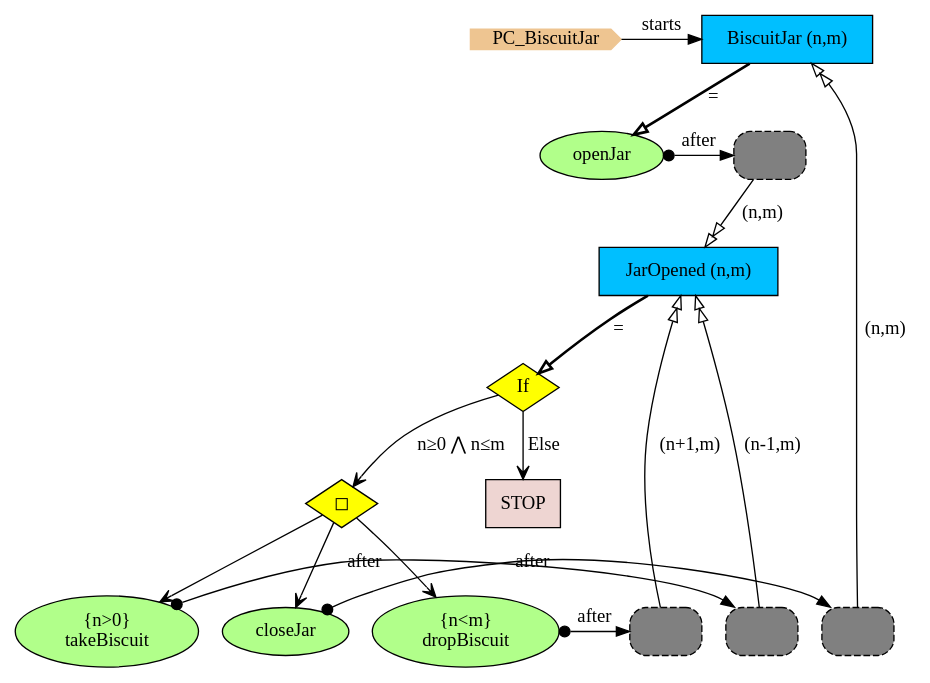
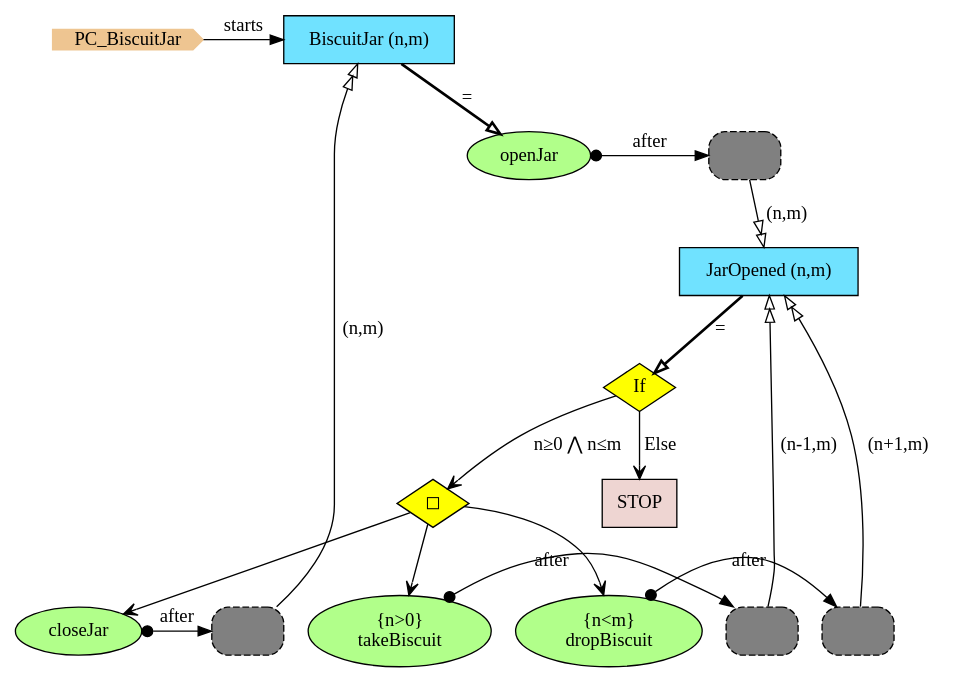
The diagram in Haskell/PCs/Examples/img/PC_BiscuitJar.gv (namalio/Fragmenta), drawn with Graphviz before and after one commit. The commit also changed 9 other files, not shown here.

```diff
--- a/Haskell/PCs/Examples/img/PC_BiscuitJar.gv
+++ b/Haskell/PCs/Examples/img/PC_BiscuitJar.gv
@@ -1,43 +1,43 @@
 digraph {
 
 StartN_ [shape = cds,color=burlywood2,style=filled,height=.2,width=.2, label =PC_BiscuitJar];
 
-BiscuitJar [shape=box,fillcolor=deepskyblue,style = filled,label="BiscuitJar (n,m)"];
-RefJarOpened48a9d59f [shape=rectangle,fillcolor=gray,style="rounded,filled,dashed",label=""];
-OpIf5c837905 [shape=diamond,fillcolor=yellow,style=filled,label="If"];
-Op76e86096 [shape=diamond,fillcolor=yellow,style=filled,label="◻︎"];
+openJar [shape=ellipse,fillcolor="#B1FF8A",style=filled,label="openJar"];
+JarOpened [shape=box,fillcolor="#70E2FF",style = filled,label="JarOpened (n,m)"];
+OpJarOpenedIf [shape=diamond,fillcolor=yellow,style=filled,label="If"];
+takeBiscuit [shape=ellipse,fillcolor="#B1FF8A",style=filled,label=" {n>0}
+takeBiscuit"];
+closeJar [shape=ellipse,fillcolor="#B1FF8A",style=filled,label="closeJar"];
+RefJarOpenedTake [shape=rectangle,fillcolor=gray,style="rounded,filled,dashed",label=""];
+RefBiscuitJar [shape=rectangle,fillcolor=gray,style="rounded,filled,dashed",label=""];
+RefJarOpenedDrop [shape=rectangle,fillcolor=gray,style="rounded,filled,dashed",label=""];
+RefJarOpened [shape=rectangle,fillcolor=gray,style="rounded,filled,dashed",label=""];
 dropBiscuit [shape=ellipse,fillcolor="#B1FF8A",style=filled,label=" {n<m}
 dropBiscuit"];
-RefBiscuitJar1b20c952 [shape=rectangle,fillcolor=gray,style="rounded,filled,dashed",label=""];
-RefJarOpenedc25494f [shape=rectangle,fillcolor=gray,style="rounded,filled,dashed",label=""];
-RefJarOpened789d1e69 [shape=rectangle,fillcolor=gray,style="rounded,filled,dashed",label=""];
-closeJar [shape=ellipse,fillcolor="#B1FF8A",style=filled,label="closeJar"];
-takeBiscuit [shape=ellipse,fillcolor="#B1FF8A",style=filled,label=" {n>0}
-takeBiscuit"];
-Stop2d5464f [shape=box,fillcolor=mistyrose2,style = filled,label="STOP"];
-JarOpened [shape=box,fillcolor=deepskyblue,style = filled,label="JarOpened (n,m)"];
-openJar [shape=ellipse,fillcolor="#B1FF8A",style=filled,label="openJar"];
+OpJarOpened [shape=diamond,fillcolor=yellow,style=filled,label="◻︎"];
+STOP [shape=box,fillcolor=mistyrose2,style = filled,label="STOP"];
+BiscuitJar [shape=box,fillcolor="#70E2FF",style = filled,label="BiscuitJar (n,m)"];
 
-{rank=same;RefJarOpened789d1e69,dropBiscuit}
-{rank=same;RefJarOpened48a9d59f,openJar}
-{rank=same;RefJarOpenedc25494f,takeBiscuit}
-{rank=same;RefBiscuitJar1b20c952,closeJar}
+{rank=same;RefBiscuitJar,closeJar}
+{rank=same;RefJarOpenedDrop,dropBiscuit}
+{rank=same;RefJarOpened,openJar}
+{rank=same;RefJarOpenedTake,takeBiscuit}
 {rank=same;BiscuitJar,StartN_}
 
-RefJarOpenedc25494f->JarOpened[arrowhead="normalnormal",fillcolor=white,label=" (n-1,m)"];
-RefBiscuitJar1b20c952->BiscuitJar[arrowhead="normalnormal",fillcolor=white,label=" (n,m)"];
-dropBiscuit->RefJarOpened789d1e69[arrowtail=dot,dir=both,label="after"];
-Op76e86096->closeJar[arrowhead="open"];
-Op76e86096->takeBiscuit[arrowhead="open"];
-OpIf5c837905->Op76e86096[arrowhead="open",label="n≥0 ⋀ n≤m"];
-openJar->RefJarOpened48a9d59f[arrowtail=dot,dir=both,label="after"];
-RefJarOpened48a9d59f->JarOpened[arrowhead="normalnormal",fillcolor=white,label=" (n,m)"];
-OpIf5c837905->Stop2d5464f[arrowhead="open",label="Else"];
-Op76e86096->dropBiscuit[arrowhead="open"];
-takeBiscuit->RefJarOpenedc25494f[arrowtail=dot,dir=both,label="after"];
-closeJar->RefBiscuitJar1b20c952[arrowtail=dot,dir=both,label="after"];
-RefJarOpened789d1e69->JarOpened[arrowhead="normalnormal",fillcolor=white,label=" (n+1,m)"];
+closeJar->RefBiscuitJar[arrowtail=dot,dir=both,label="after"];
+dropBiscuit->RefJarOpenedDrop[arrowtail=dot,dir=both,label="after"];
+RefJarOpenedDrop->JarOpened[arrowhead="normalnormal",fillcolor=white,label=" (n+1,m)"];
+openJar->RefJarOpened[arrowtail=dot,dir=both,label="after"];
+OpJarOpened->closeJar[arrowhead="open"];
+OpJarOpened->takeBiscuit[arrowhead="open"];
+OpJarOpenedIf->OpJarOpened[arrowhead="open",label="n≥0 ⋀ n≤m"];
+OpJarOpenedIf->STOP[arrowhead="open",label="Else"];
+OpJarOpened->dropBiscuit[arrowhead="open"];
+RefJarOpened->JarOpened[arrowhead="normalnormal",fillcolor=white,label=" (n,m)"];
+RefJarOpenedTake->JarOpened[arrowhead="normalnormal",fillcolor=white,label=" (n-1,m)"];
+takeBiscuit->RefJarOpenedTake[arrowtail=dot,dir=both,label="after"];
+RefBiscuitJar->BiscuitJar[arrowhead="normalnormal",fillcolor=white,label=" (n,m)"];
+JarOpened->OpJarOpenedIf[arrowhead="onormal",penwidth=2,label="="];
 BiscuitJar->openJar[arrowhead="onormal",penwidth=2,label="="];
-JarOpened->OpIf5c837905[arrowhead="onormal",penwidth=2,label="="];
 StartN_->BiscuitJar[label="starts"];
 }
```
